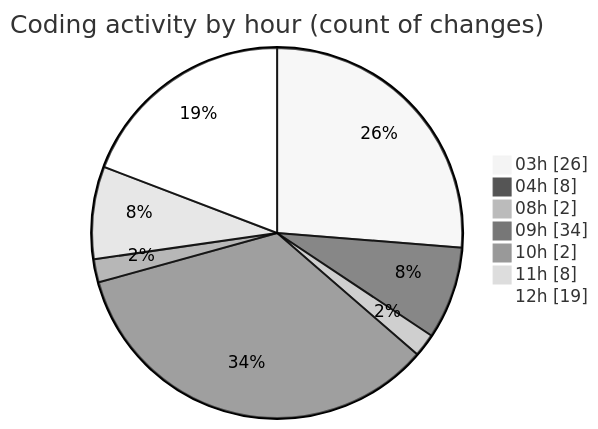
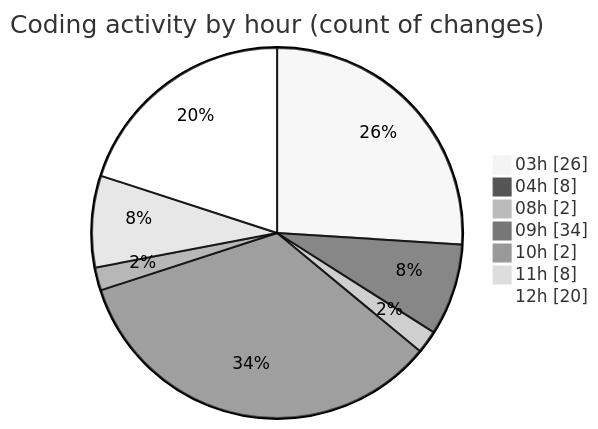
Before and after one commit to JenPaints/code-tracking: the second of 2 diagrams in 2025-06-20/modeljsondesigner/README.md, drawn with Mermaid (neutral theme). The commit also changed other lines of this file and 1 other file, not shown here.

````diff
--- a/2025-06-20/modeljsondesigner/README.md
+++ b/2025-06-20/modeljsondesigner/README.md
@@ -57,11 +57,11 @@
 ```mermaid
 pie showData
 title Coding activity by hour (count of changes)
 "03h" : 26
 "04h" : 8
 "08h" : 2
 "09h" : 34
 "10h" : 2
 "11h" : 8
-"12h" : 19
+"12h" : 20
 ```
````
